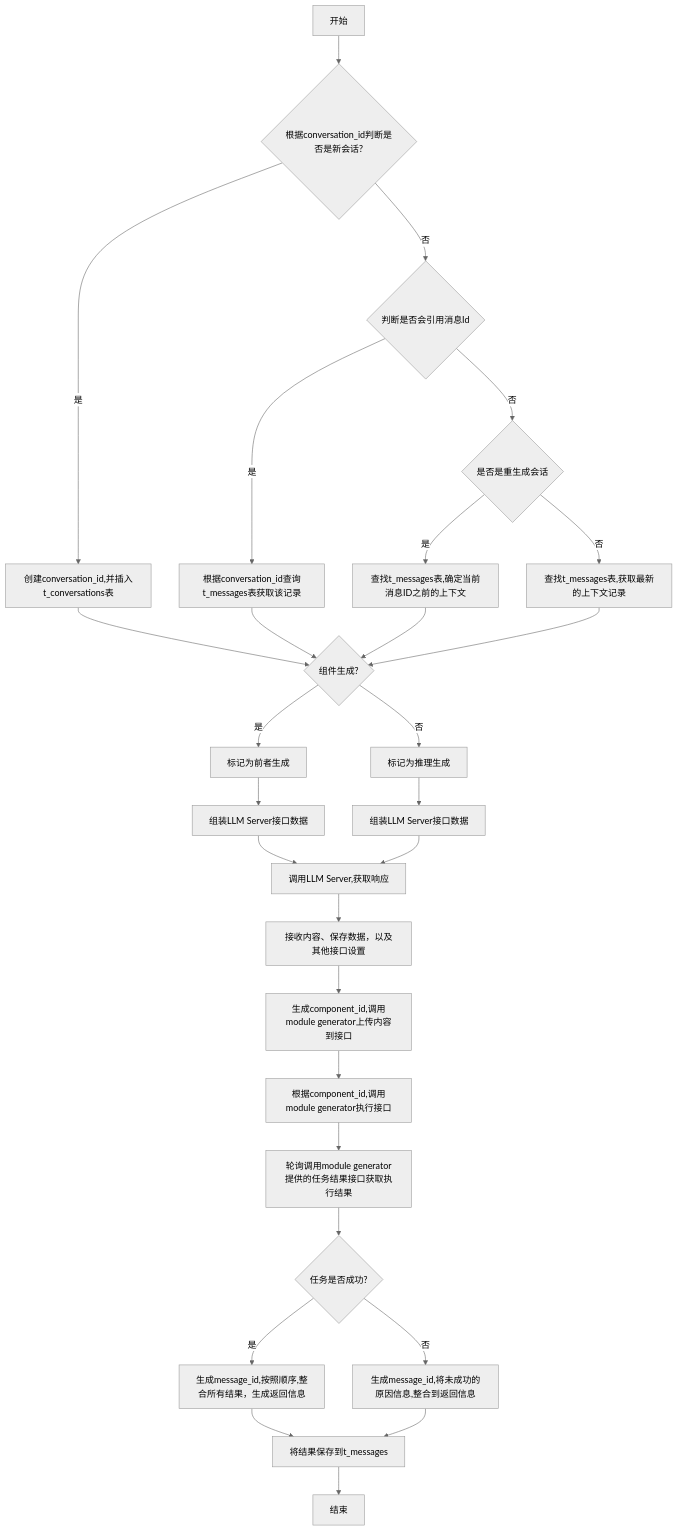
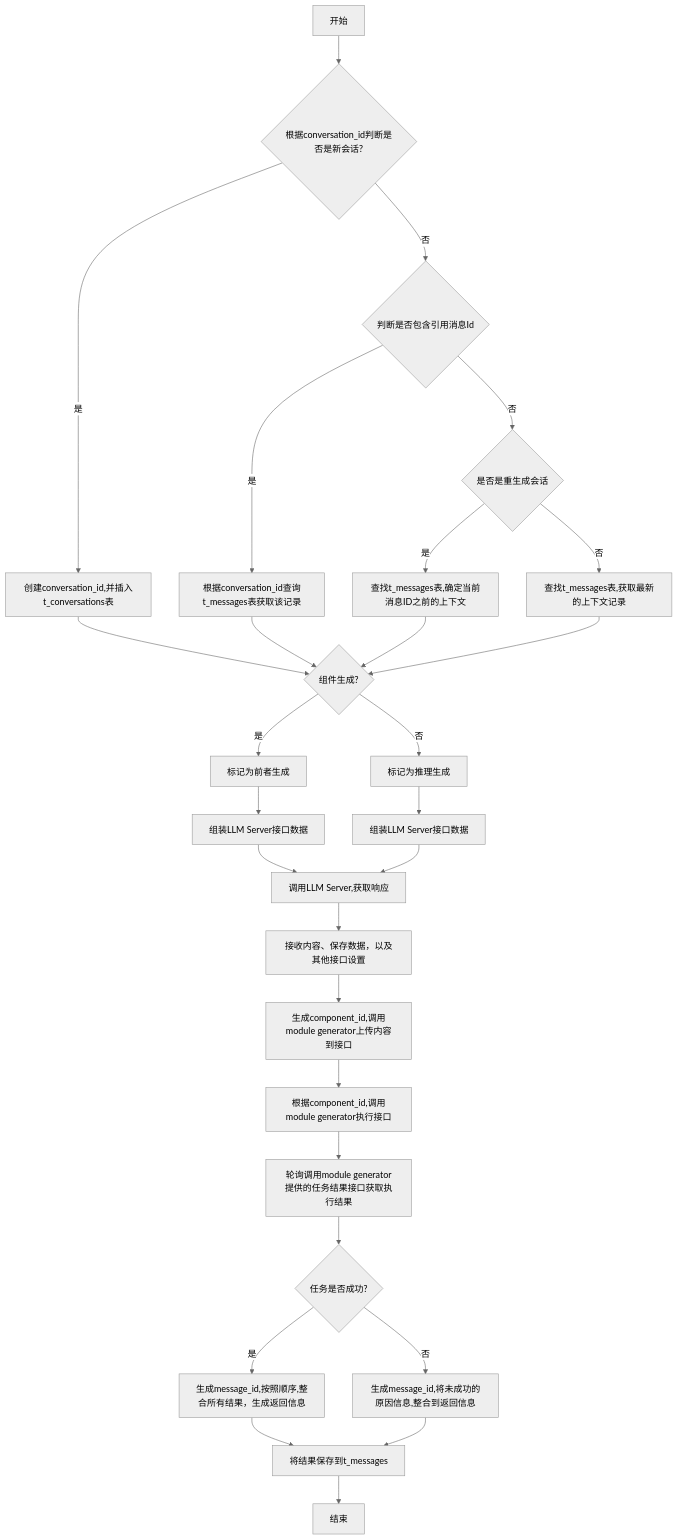
Before and after one commit to yingjianzh/iodraw-files: the diagram in all/未命名-7.md, drawn with Mermaid (neutral theme).

Commit message:
2024-10-12 14:21:48 update

````diff
--- a/all/未命名-7.md
+++ b/all/未命名-7.md
@@ -1,31 +1,31 @@
 ```mermaid
 flowchart TD
     A[开始] --> B{根据conversation_id判断是否是新会话?}
     B -- 是 --> C[创建conversation_id,并插入t_conversations表]
-    B -- 否 --> D{判断是否会引用消息Id}
+    B -- 否 --> D{判断是否包含引用消息Id}
     D -- 是 --> E[根据conversation_id查询t_messages表获取该记录]
     D -- 否 --> F{是否是重生成会话}
     F -- 是 --> G[查找t_messages表,确定当前消息ID之前的上下文]
     F -- 否 --> H[查找t_messages表,获取最新的上下文记录]
 
     C & E & G & H --> I{组件生成?}
     I -- 是 --> J[标记为前者生成]
     I -- 否 --> K[标记为推理生成]
 
     J --> L[组装LLM Server接口数据]
     K --> M[组装LLM Server接口数据]
     L & M --> N[调用LLM Server,获取响应]
     N --> O[接收内容、保存数据，以及其他接口设置]
 
     O --> P[生成component_id,调用module generator上传内容到接口]
     P --> Q[根据component_id,调用module generator执行接口]
     Q --> R[轮询调用module generator提供的任务结果接口获取执行结果]
 
     R --> S{任务是否成功?}
     S -- 是 --> T[生成message_id,按照顺序,整合所有结果，生成返回信息]
     S -- 否 --> U[生成message_id,将未成功的原因信息,整合到返回信息]
 
     T & U --> V[将结果保存到t_messages]
     V --> W[结束]
 
 ```
````
